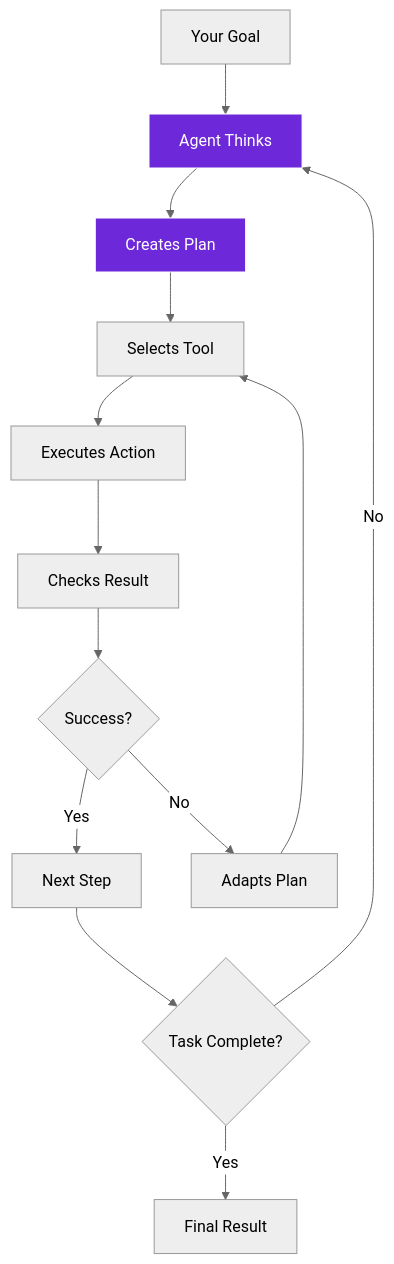
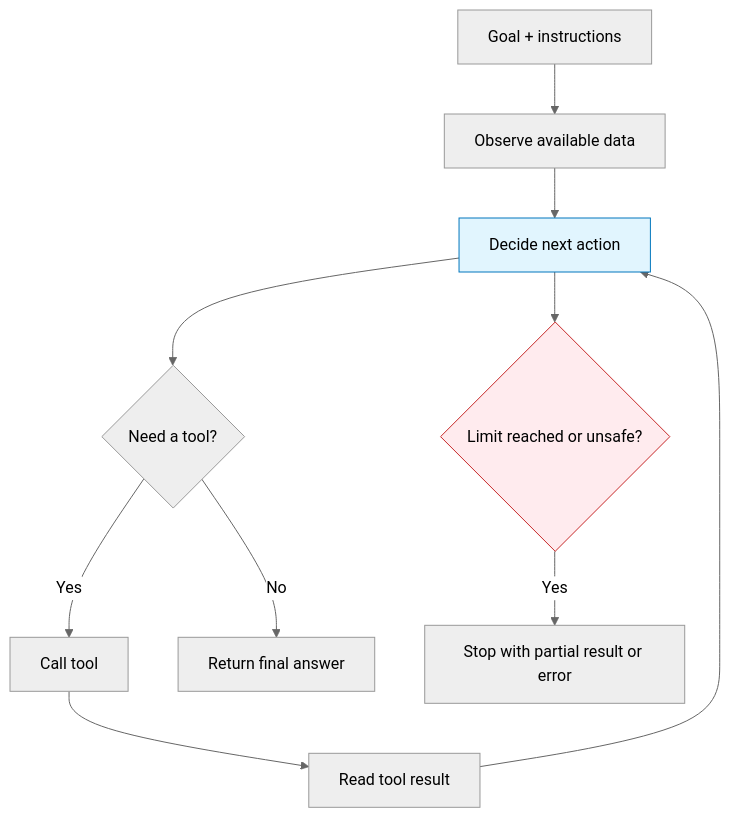
Before and after one commit to agentic-com/Agentic-Flow-Doc: the first of 2 diagrams in src/content/docs/advanced-ai/concepts/ai-agents.mdx, drawn with Mermaid (neutral theme). The commit also changed other lines of this file and 186 other files, not shown here.

````diff
--- a/src/content/docs/advanced-ai/concepts/ai-agents.mdx
+++ b/src/content/docs/advanced-ai/concepts/ai-agents.mdx
@@ -20,18 +16,15 @@
 ```mermaid
-graph TD
-    Goal[Your Goal] --> Think[Agent Thinks]
-    Think --> Plan[Creates Plan]
-    Plan --> Tool[Selects Tool]
-    Tool --> Execute[Executes Action]
-    Execute --> Check[Checks Result]
-    Check --> Success{Success?}
-    Success -->|Yes| Next[Next Step]
-    Success -->|No| Adapt[Adapts Plan]
-    Adapt --> Tool
-    Next --> Done{Task Complete?}
-    Done -->|No| Think
-    Done -->|Yes| Result[Final Result]
-    
-    style Think fill:#6d28d9,stroke:#fff,color:#fff
-    style Plan fill:#6d28d9,stroke:#fff,color:#fff
+flowchart TD
+  Goal["Goal + instructions"] --> Observe["Observe available data"]
+  Observe --> Decide["Decide next action"]
+  Decide --> Tool{"Need a tool?"}
+  Tool -->|Yes| Call["Call tool"]
+  Call --> Result["Read tool result"]
+  Result --> Decide
+  Tool -->|No| Answer["Return final answer"]
+  Decide --> Stop{"Limit reached or unsafe?"}
+  Stop -->|Yes| Fallback["Stop with partial result or error"]
+
+  style Decide fill:#e1f5fe,stroke:#0277bd
+  style Stop fill:#ffebee,stroke:#c62828
 ```
````
